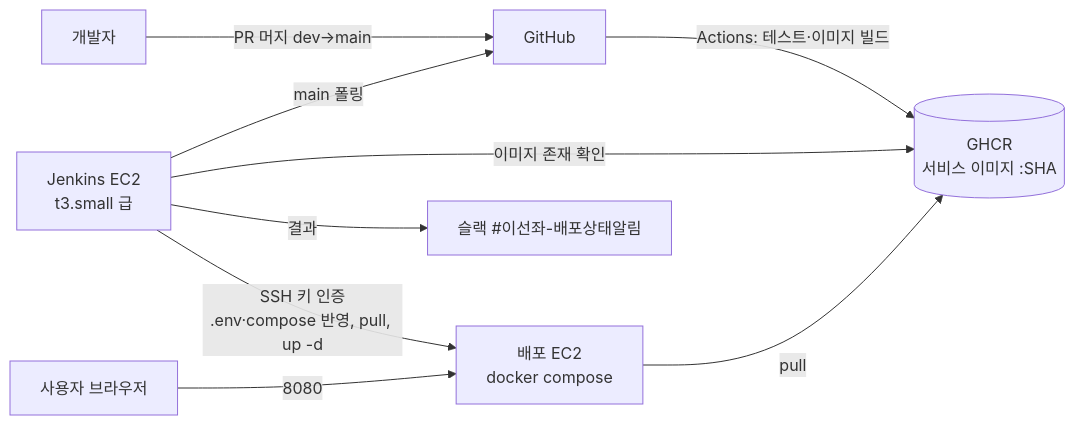
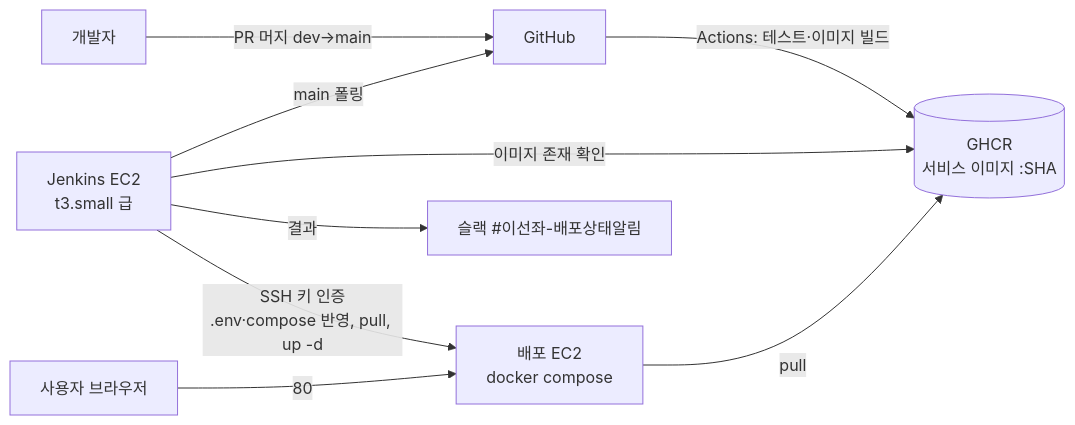
One commit to iseonjwa/high-quality-ticketing-system changed the diagram in docs/design/infra/deployment.md. Above: the diagram before and after it, drawn with Mermaid. The commit also changed other lines of this file and 3 other files, not shown here.

````diff
--- a/docs/design/infra/deployment.md
+++ b/docs/design/infra/deployment.md
@@ -9,11 +9,11 @@
 ```mermaid
 flowchart LR
   DEV[개발자] -->|PR 머지 dev→main| GH[GitHub]
   GH -->|Actions: 테스트·이미지 빌드| GHCR[(GHCR<br/>서비스 이미지 :SHA)]
   JK[Jenkins EC2<br/>t3.small 급] -->|main 폴링| GH
   JK -->|이미지 존재 확인| GHCR
   JK -->|SSH 키 인증<br/>.env·compose 반영, pull, up -d| DEPLOY[배포 EC2<br/>docker compose]
   DEPLOY -->|pull| GHCR
   JK -->|결과| SL[슬랙 #이선좌-배포상태알림]
-  USER[사용자 브라우저] -->|8080| DEPLOY
+  USER[사용자 브라우저] -->|80| DEPLOY
 ```
````
